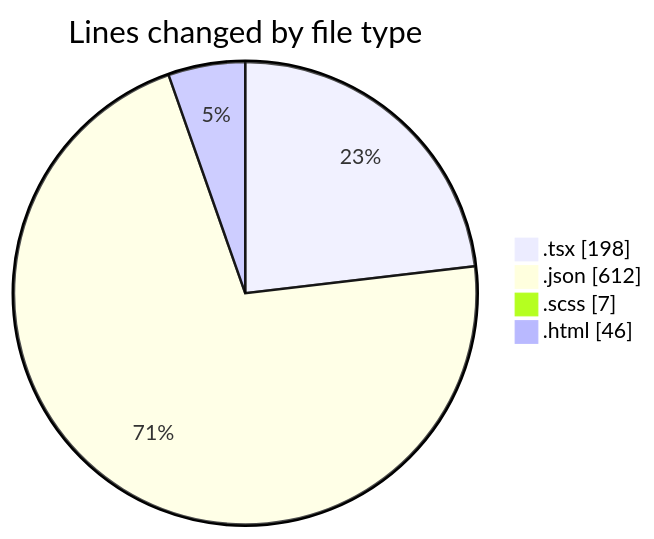
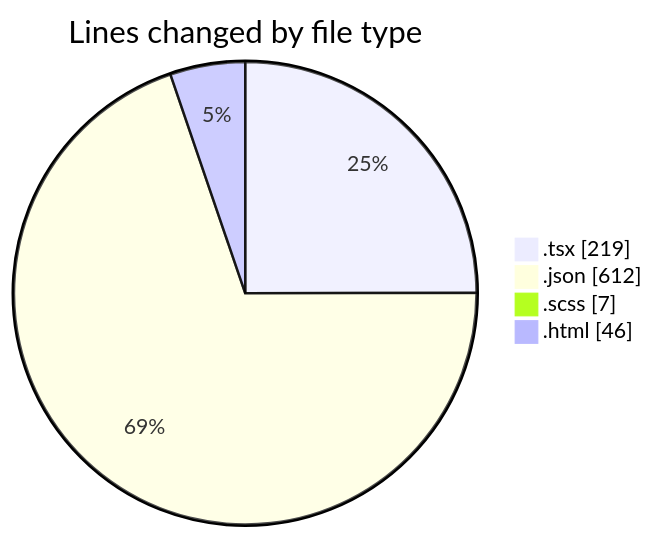
One commit to momahboobian/code-tracking changed the first of 2 diagrams in 2026-04-14/cda/README.md. Above: the diagram before and after it, drawn with Mermaid. The commit also changed other lines of this file and 1 other file, not shown here.

````diff
--- a/2026-04-14/cda/README.md
+++ b/2026-04-14/cda/README.md
@@ -30,8 +31,8 @@
 ```mermaid
 pie showData
 title Lines changed by file type
-".tsx" : 198
+".tsx" : 219
 ".json" : 612
 ".scss" : 7
 ".html" : 46
 ```
````
